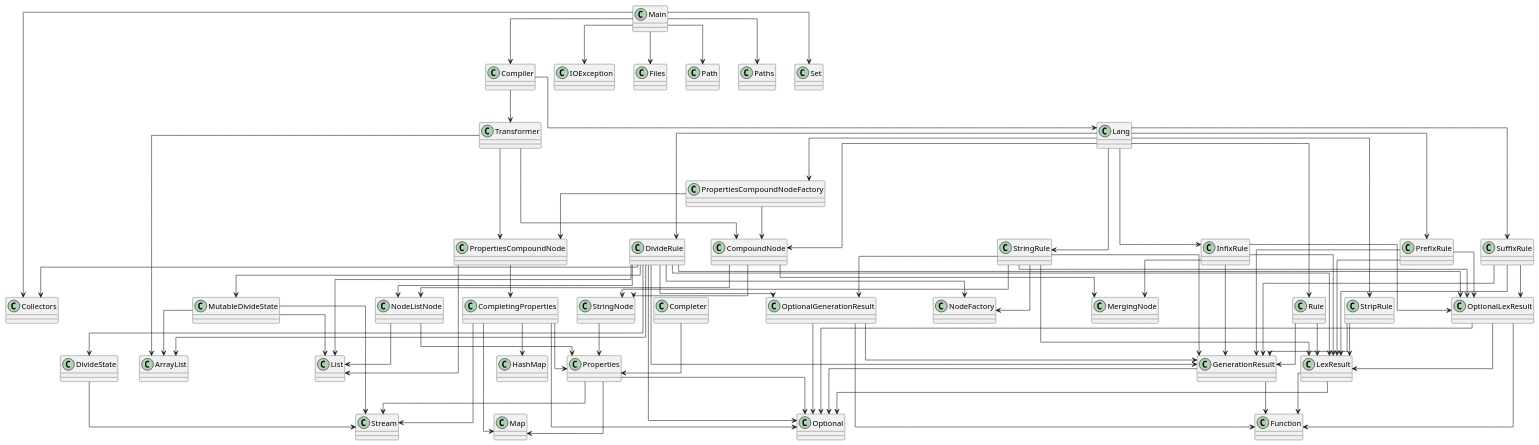
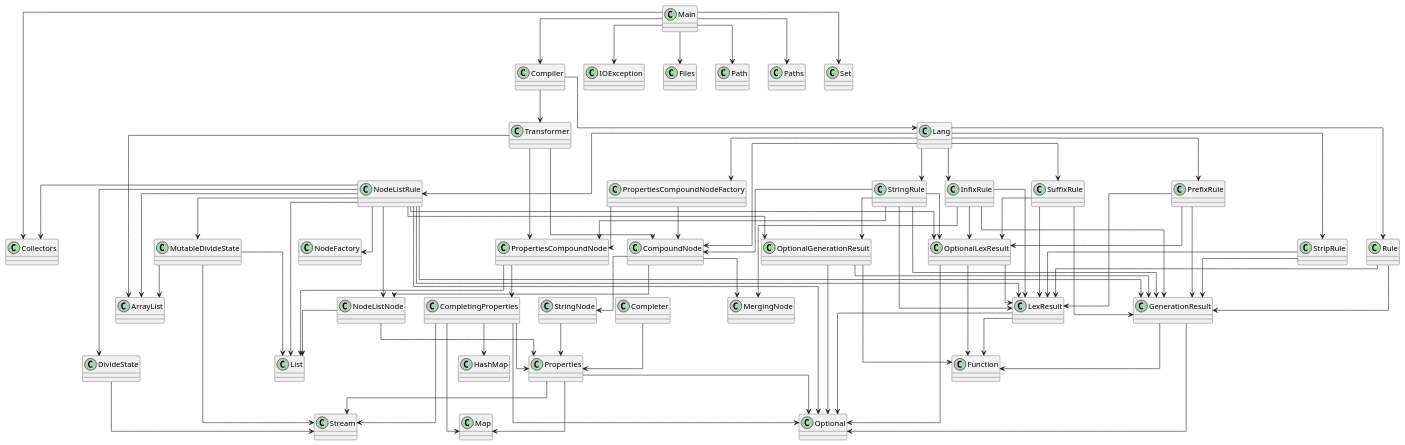
One commit to SirMathhman/Magma changed the diagram in diagram.puml. Above: the diagram before and after it, drawn with PlantUML. The commit also changed 3 other files, not shown here.

```diff
--- a/diagram.puml
+++ b/diagram.puml
@@ -1,116 +1,116 @@
 @startuml
 skinparam linetype ortho
 class Transformer
 Transformer --> CompoundNode
 Transformer --> PropertiesCompoundNode
 Transformer --> ArrayList
 class InfixRule
 InfixRule --> MergingNode
 InfixRule --> GenerationResult
 InfixRule --> LexResult
 InfixRule --> OptionalLexResult
+class NodeListRule
+NodeListRule --> NodeListNode
+NodeListRule --> DivideState
+NodeListRule --> MutableDivideState
+NodeListRule --> NodeFactory
+NodeListRule --> GenerationResult
+NodeListRule --> LexResult
+NodeListRule --> OptionalGenerationResult
+NodeListRule --> OptionalLexResult
+NodeListRule --> ArrayList
+NodeListRule --> List
+NodeListRule --> Optional
+NodeListRule --> Collectors
 class MergingNode
 class OptionalLexResult
 OptionalLexResult --> LexResult
 OptionalLexResult --> Optional
 OptionalLexResult --> Function
 class Properties
 Properties --> Map
 Properties --> Optional
 Properties --> Stream
 class StringRule
-StringRule --> StringNode
-StringRule --> NodeFactory
+StringRule --> CompoundNode
+StringRule --> PropertiesCompoundNode
 StringRule --> GenerationResult
 StringRule --> LexResult
 StringRule --> OptionalGenerationResult
 StringRule --> OptionalLexResult
 class Completer
 Completer --> Properties
 class PrefixRule
 PrefixRule --> GenerationResult
 PrefixRule --> LexResult
 PrefixRule --> OptionalLexResult
 class CompoundNode
 CompoundNode --> MergingNode
 CompoundNode --> NodeListNode
 CompoundNode --> StringNode
 class CompletingProperties
 CompletingProperties --> Properties
 CompletingProperties --> HashMap
 CompletingProperties --> Map
 CompletingProperties --> Optional
 CompletingProperties --> Stream
 class LexResult
 LexResult --> Optional
 LexResult --> Function
 class Lang
 Lang --> CompoundNode
-Lang --> DivideRule
+Lang --> NodeListRule
 Lang --> InfixRule
 Lang --> PrefixRule
 Lang --> Rule
 Lang --> StringRule
 Lang --> StripRule
 Lang --> SuffixRule
 Lang --> PropertiesCompoundNodeFactory
 class NodeFactory
 class Compiler
 Compiler --> Lang
 Compiler --> Transformer
 class StringNode
 StringNode --> Properties
 class PropertiesCompoundNode
 PropertiesCompoundNode --> CompletingProperties
 PropertiesCompoundNode --> List
 class MutableDivideState
 MutableDivideState --> ArrayList
 MutableDivideState --> List
 MutableDivideState --> Stream
 class DivideState
 DivideState --> Stream
 class OptionalGenerationResult
 OptionalGenerationResult --> GenerationResult
 OptionalGenerationResult --> Optional
 OptionalGenerationResult --> Function
 class GenerationResult
 GenerationResult --> Optional
 GenerationResult --> Function
 class StripRule
 StripRule --> GenerationResult
 StripRule --> LexResult
-class DivideRule
-DivideRule --> NodeListNode
-DivideRule --> DivideState
-DivideRule --> MutableDivideState
-DivideRule --> NodeFactory
-DivideRule --> GenerationResult
-DivideRule --> LexResult
-DivideRule --> OptionalGenerationResult
-DivideRule --> OptionalLexResult
-DivideRule --> ArrayList
-DivideRule --> List
-DivideRule --> Optional
-DivideRule --> Collectors
 class PropertiesCompoundNodeFactory
 PropertiesCompoundNodeFactory --> CompoundNode
 PropertiesCompoundNodeFactory --> PropertiesCompoundNode
 class NodeListNode
 NodeListNode --> Properties
 NodeListNode --> List
 class Main
 Main --> Compiler
 Main --> IOException
 Main --> Files
 Main --> Path
 Main --> Paths
 Main --> Set
 Main --> Collectors
 class Rule
 Rule --> GenerationResult
 Rule --> LexResult
 class SuffixRule
 SuffixRule --> GenerationResult
 SuffixRule --> LexResult
 SuffixRule --> OptionalLexResult
 @enduml
```
